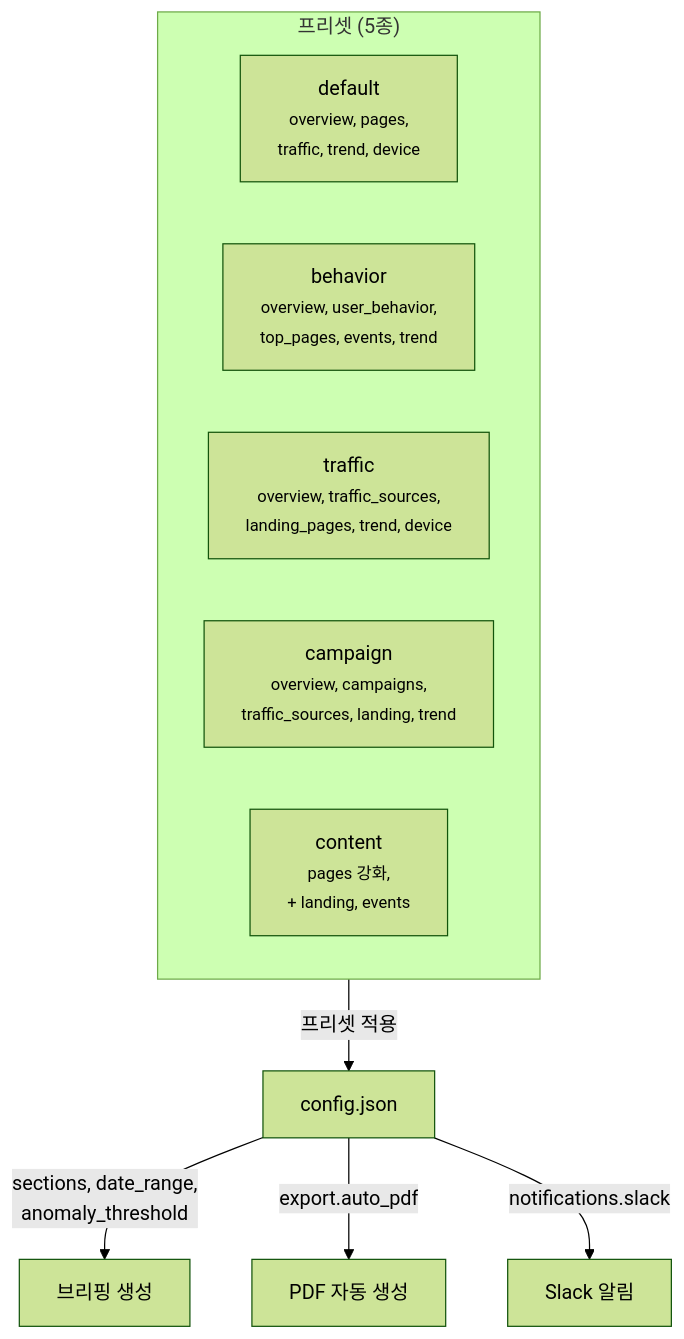
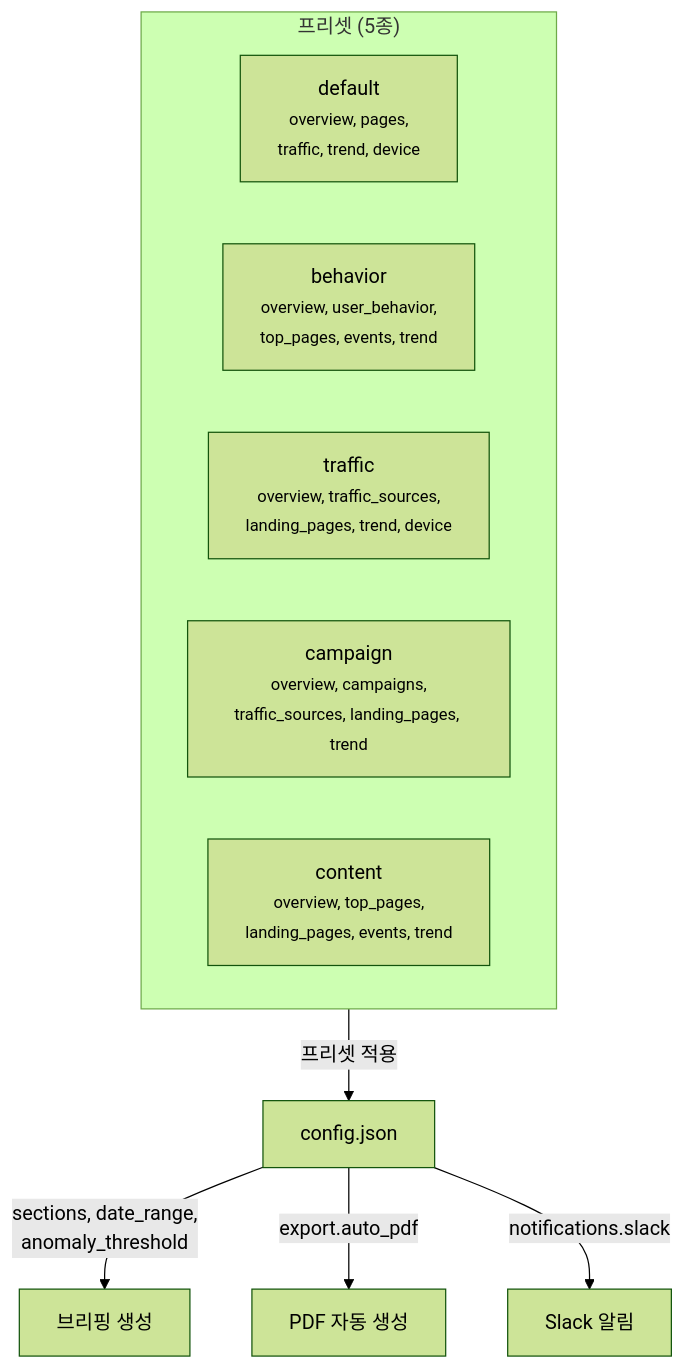
The seventh of 9 diagrams in ARCHITECTURE.md (leeys-dnulbo/smart-daily-briefing), drawn with Mermaid (forest theme) before and after one commit. The commit also changed other lines of this file and 7 other files, not shown here.

````diff
--- a/ARCHITECTURE.md
+++ b/ARCHITECTURE.md
@@ -188,18 +188,18 @@
 ```mermaid
 graph TB
     subgraph Presets["프리셋 (5종)"]
         P1["default<br/><small>overview, pages,<br/>traffic, trend, device</small>"]
         P2["behavior<br/><small>overview, user_behavior,<br/>top_pages, events, trend</small>"]
         P3["traffic<br/><small>overview, traffic_sources,<br/>landing_pages, trend, device</small>"]
-        P4["campaign<br/><small>overview, campaigns,<br/>traffic_sources, landing, trend</small>"]
-        P5["content<br/><small>pages 강화,<br/>+ landing, events</small>"]
+        P4["campaign<br/><small>overview, campaigns,<br/>traffic_sources, landing_pages, trend</small>"]
+        P5["content<br/><small>overview, top_pages,<br/>landing_pages, events, trend</small>"]
     end
 
     Config["config.json"]
     Briefing["브리핑 생성"]
 
     Presets -->|프리셋 적용| Config
     Config -->|sections, date_range,<br/>anomaly_threshold| Briefing
     Config -->|export.auto_pdf| PDF[PDF 자동 생성]
     Config -->|notifications.slack| Slack[Slack 알림]
 ```
````
